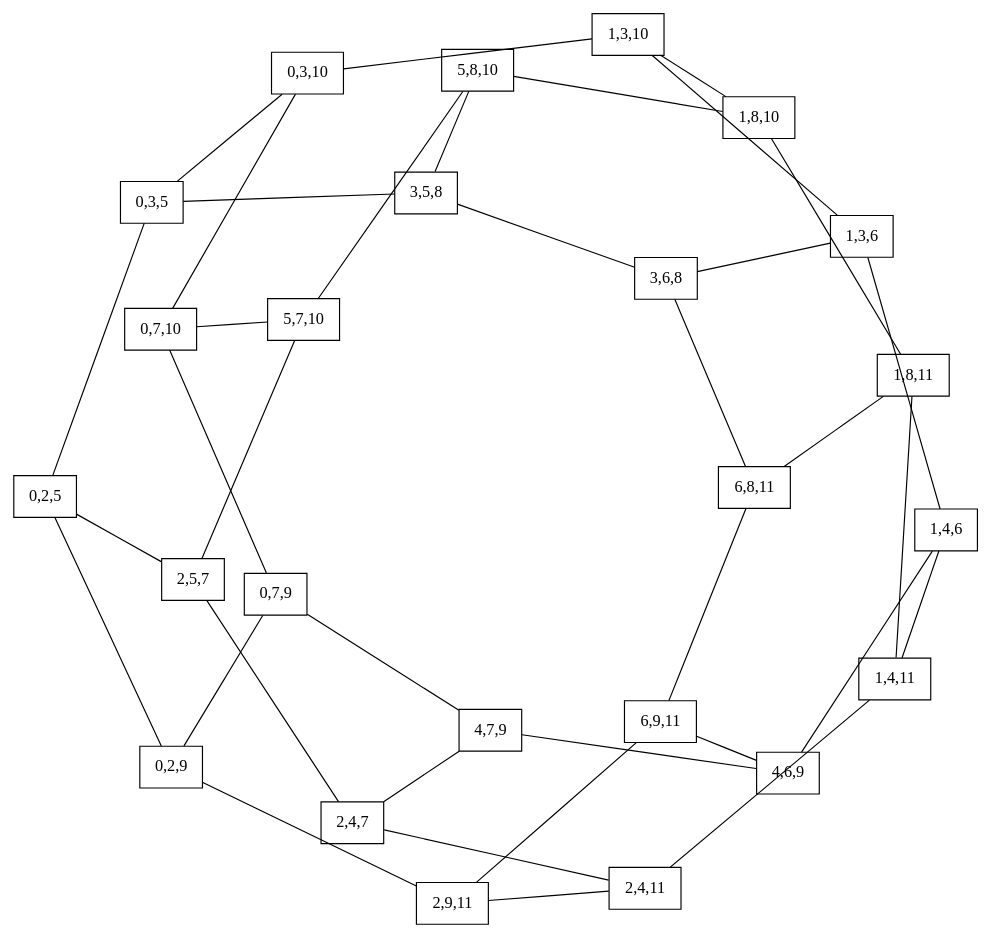
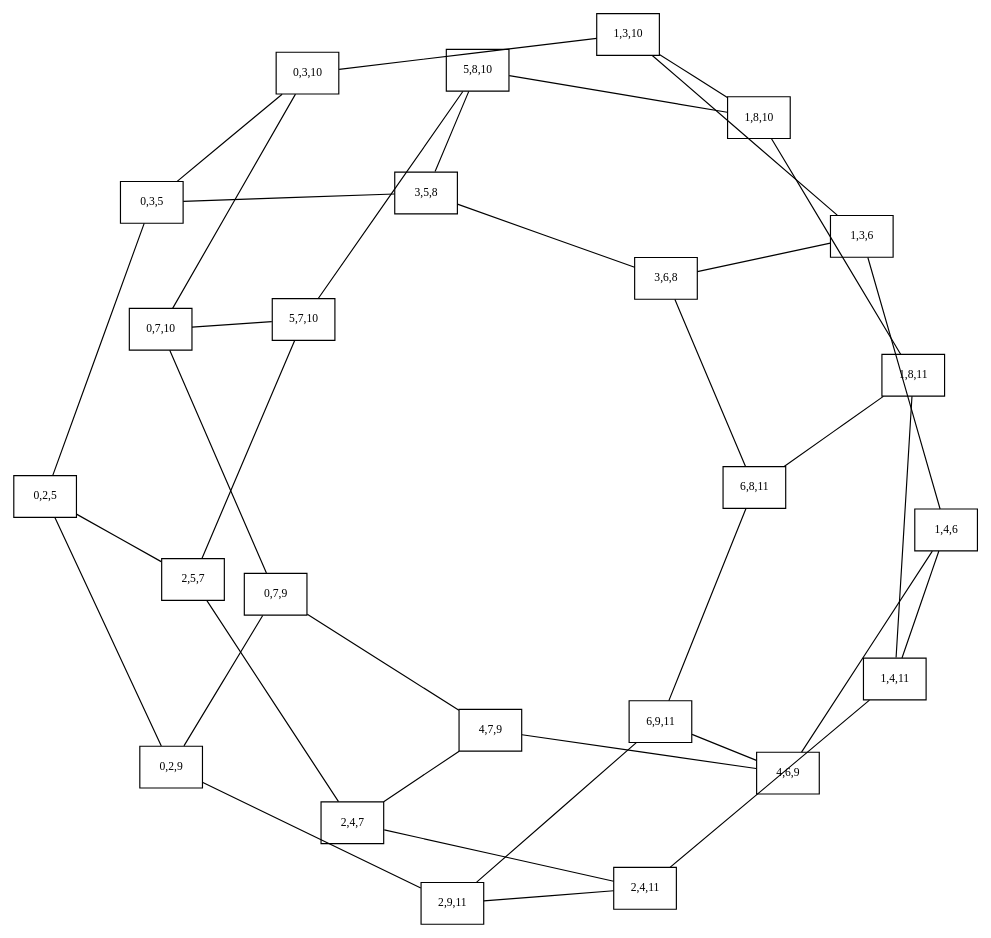
The diagram in data/dot/tj/oh/tj_oh_p114.1.dot (rd--/hmt), drawn with Graphviz before and after one commit. The commit also changed 40 other files, not shown here.

Commit message:
~Music/Theory/Graph/Johnson_2014+p172

```diff
--- a/data/dot/tj/oh/tj_oh_p114.1.dot
+++ b/data/dot/tj/oh/tj_oh_p114.1.dot
@@ -1,66 +1,66 @@
 graph
  g {
-edge [len=2.5]
-graph [layout=neato,epsilon=0.000001,fontsize=10,fontname="century schoolbook"]
-node [shape=box]
+edge [len=2.5,fontsize=10]
+graph [layout=neato,epsilon=0.000001]
+node [shape=box,fontsize=10,fontname="century schoolbook"]
 0 [label="0,2,5"];
 1 [label="0,2,9"];
 2 [label="0,3,5"];
 3 [label="2,5,7"];
 4 [label="1,3,6"];
 5 [label="1,3,10"];
 6 [label="1,4,6"];
 7 [label="3,6,8"];
 8 [label="2,4,7"];
 9 [label="2,4,11"];
 10 [label="4,7,9"];
 11 [label="3,5,8"];
 12 [label="5,8,10"];
 13 [label="4,6,9"];
 14 [label="6,9,11"];
 15 [label="5,7,10"];
 16 [label="6,8,11"];
 17 [label="0,7,9"];
 18 [label="0,7,10"];
 19 [label="1,8,10"];
 20 [label="1,8,11"];
 21 [label="2,9,11"];
 22 [label="0,3,10"];
 23 [label="1,4,11"];
 0 -- 1;
 0 -- 2;
 0 -- 3;
 1 -- 17;
 1 -- 21;
 2 -- 11;
 2 -- 22;
 3 -- 15;
 4 -- 5;
 4 -- 6;
 4 -- 7;
 5 -- 19;
 6 -- 13;
 6 -- 23;
 7 -- 16;
 8 -- 3;
 8 -- 9;
 8 -- 10;
 9 -- 21;
 11 -- 7;
 11 -- 12;
 13 -- 10;
 13 -- 14;
 15 -- 12;
 16 -- 14;
 17 -- 10;
 17 -- 18;
 18 -- 15;
 19 -- 12;
 19 -- 20;
 20 -- 16;
 21 -- 14;
 22 -- 5;
 22 -- 18;
 23 -- 9;
 23 -- 20;
 }
```
